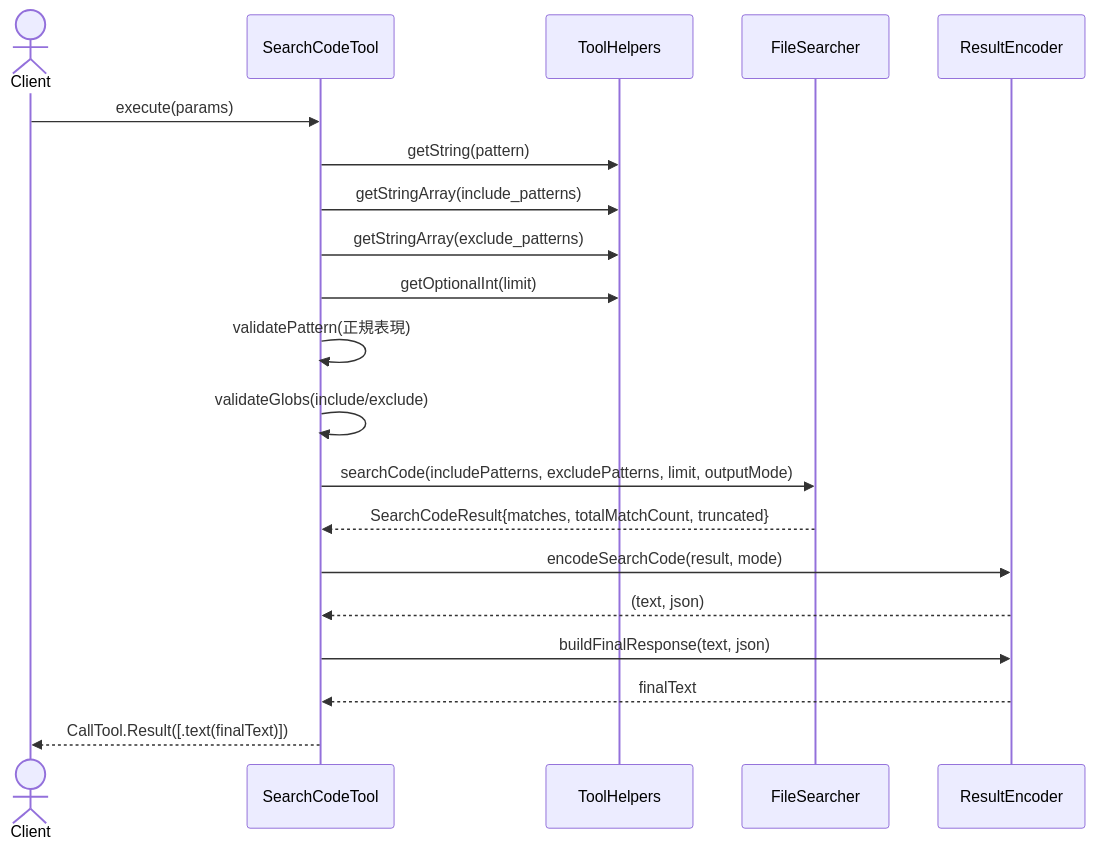
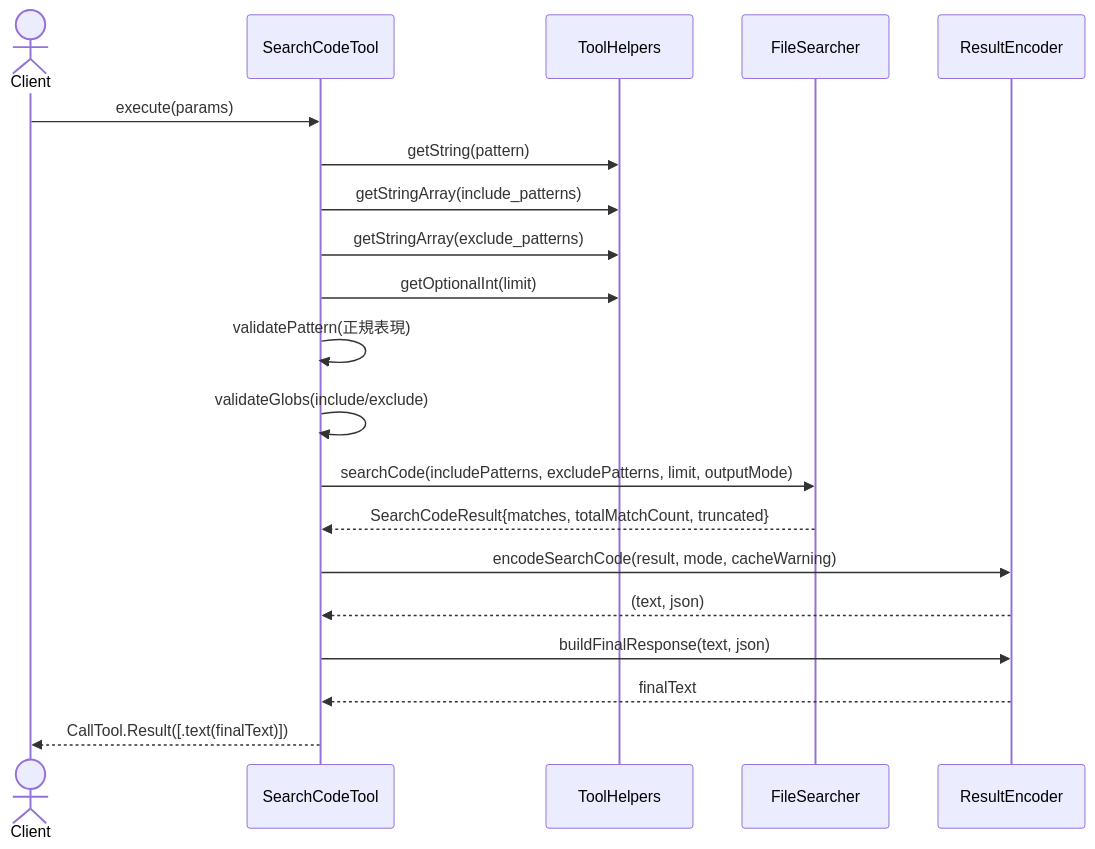
One commit to BlueEventHorizon/Swift-Selena changed the third of 4 diagrams in project/improve/design/DES-104_search_symbol_tools_enhancement_design.md. Above: the diagram before and after it, drawn with Mermaid. The commit also changed other lines of this file and 2 other files, not shown here.

````diff
--- a/project/improve/design/DES-104_search_symbol_tools_enhancement_design.md
+++ b/project/improve/design/DES-104_search_symbol_tools_enhancement_design.md
@@ -709,23 +414,23 @@
 ```mermaid
 sequenceDiagram
     actor Client
     participant SCT as SearchCodeTool
     participant TH as ToolHelpers
     participant FS as FileSearcher
     participant RE as ResultEncoder
 
     Client->>SCT: execute(params)
     SCT->>TH: getString(pattern)
     SCT->>TH: getStringArray(include_patterns)
     SCT->>TH: getStringArray(exclude_patterns)
     SCT->>TH: getOptionalInt(limit)
     SCT->>SCT: validatePattern(正規表現)
     SCT->>SCT: validateGlobs(include/exclude)
     SCT->>FS: searchCode(includePatterns, excludePatterns, limit, outputMode)
     FS-->>SCT: SearchCodeResult{matches, totalMatchCount, truncated}
-    SCT->>RE: encodeSearchCode(result, mode)
+    SCT->>RE: encodeSearchCode(result, mode, cacheWarning)
     RE-->>SCT: (text, json)
     SCT->>RE: buildFinalResponse(text, json)
     RE-->>SCT: finalText
     SCT-->>Client: CallTool.Result([.text(finalText)])
 ```
````
